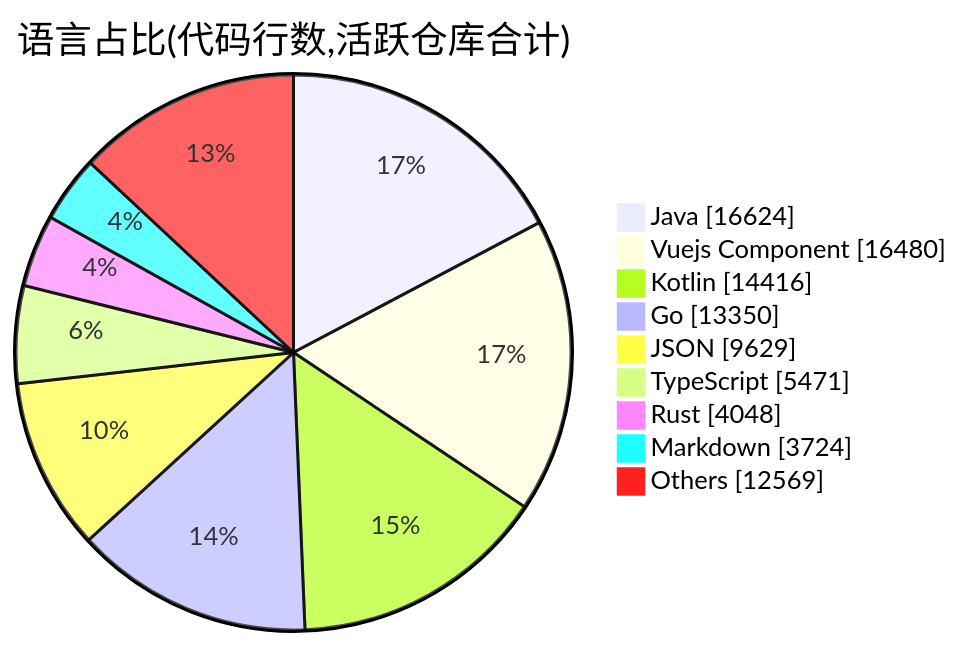
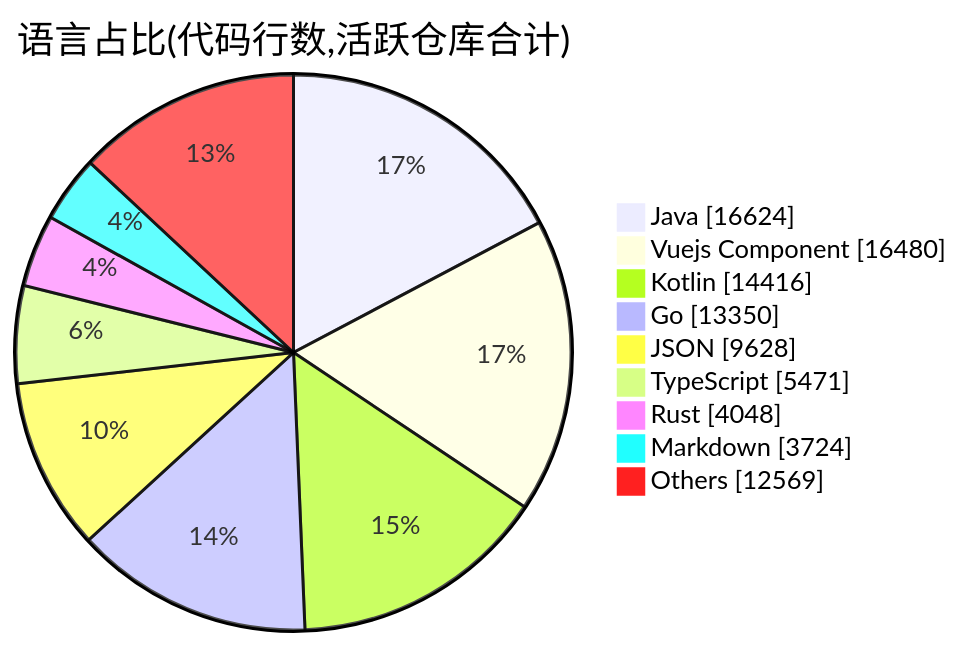
One commit to Conflux-Union/.github changed the second of 2 diagrams in profile/README.md. Above: the diagram before and after it, drawn with Mermaid. The commit also changed other lines of this file and 1 other file, not shown here.

````diff
--- a/profile/README.md
+++ b/profile/README.md
@@ -74,13 +74,13 @@
 ```mermaid
 pie showData
     title 语言占比(代码行数,活跃仓库合计)
     "Java" : 16624
     "Vuejs Component" : 16480
     "Kotlin" : 14416
     "Go" : 13350
-    "JSON" : 9629
+    "JSON" : 9628
     "TypeScript" : 5471
     "Rust" : 4048
     "Markdown" : 3724
     "Others" : 12569
 ```
````
